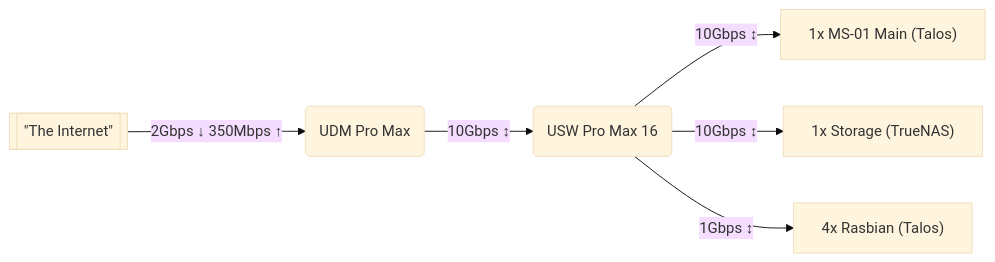
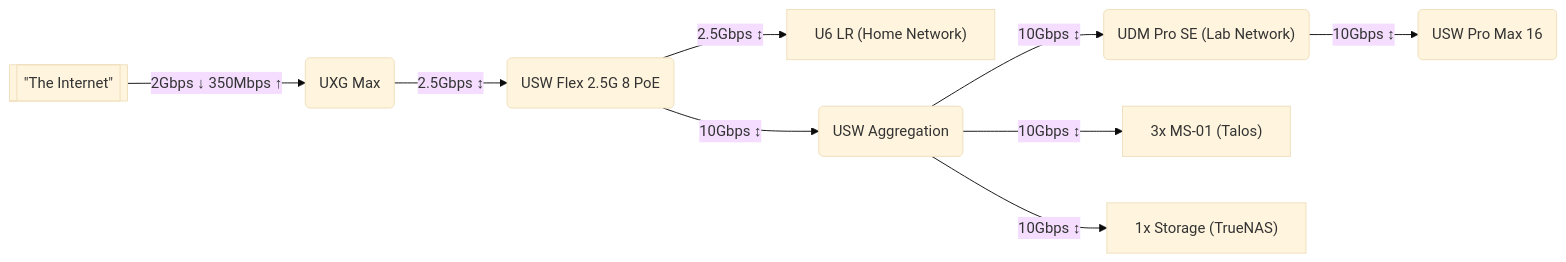
Before and after one commit to waifulabs/infrastructure: the diagram in README.md, drawn with Mermaid (base theme).

Commit message:
chore: update flow chart

````diff
--- a/README.md
+++ b/README.md
@@ -74,8 +74,11 @@
 ```mermaid
 flowchart LR
-    A[["#quot;The Internet#quot;"]] -- 2Gbps ↓ 350Mbps  ↑ --> B("UDM Pro Max");
-    B -- 10Gbps ↕ --> C("USW Pro Max 16")
-    C -- 10Gbps ↕ --> D["1x MS-01 Main (Talos)"]
-    C -- 10Gbps ↕ --> E["1x Storage (TrueNAS)"]
-    C -- 1Gbps ↕ --> F["4x Rasbian (Talos)"]
+    A[["#quot;The Internet#quot;"]] -- 2Gbps ↓ 350Mbps  ↑ --> B("UXG Max");
+    B -- 2.5Gbps ↕ --> C("USW Flex 2.5G 8 PoE")
+    C -- 2.5Gbps ↕ --> D["U6 LR (Home Network)"]
+    C -- 10Gbps ↕ --> E("USW Aggregation")
+    E -- 10Gbps ↕ --> F("UDM Pro SE (Lab Network)")
+    F -- 10Gbps ↕ --> G("USW Pro Max 16")
+    E -- 10Gbps ↕ --> H["3x MS-01 (Talos)"]
+    E -- 10Gbps ↕ --> I["1x Storage (TrueNAS)"]
 ```
````
